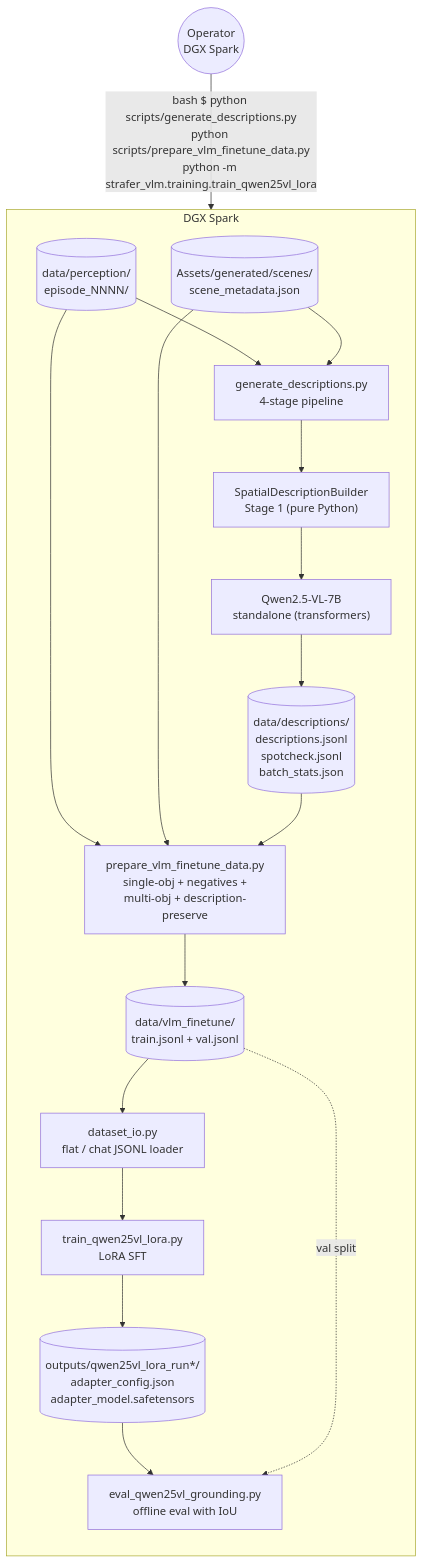
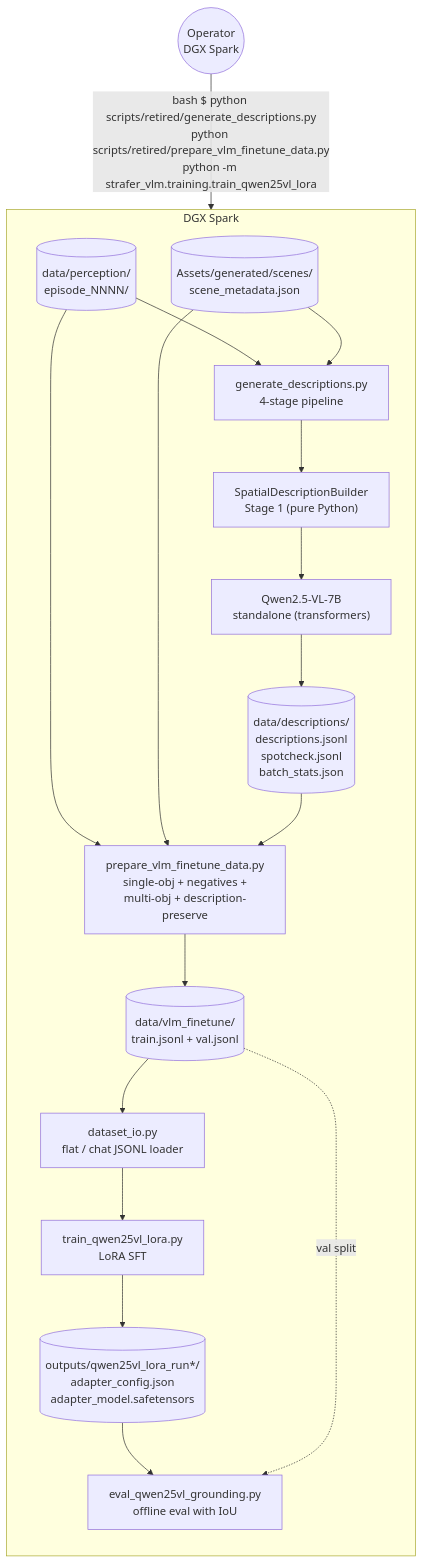
The first of 7 diagrams in docs/SYSTEM_FLOW_DIAGRAMS.md (zachoines/Sim2RealLab), drawn with Mermaid before and after one commit. The commit also changed other lines of this file and 28 other files, not shown here.

````diff
--- a/docs/SYSTEM_FLOW_DIAGRAMS.md
+++ b/docs/SYSTEM_FLOW_DIAGRAMS.md
@@ -65,50 +65,50 @@
 ```mermaid
 flowchart TB
     Operator((Operator<br/>DGX Spark))
 
     subgraph DGX["DGX Spark"]
         direction TB
 
         PerceptionDir[("data/perception/<br/>episode_NNNN/")]
         SceneMeta[("Assets/generated/scenes/<br/>scene_metadata.json")]
 
         GenDesc["generate_descriptions.py<br/>4-stage pipeline"]
         Qwen7B["Qwen2.5-VL-7B<br/>standalone (transformers)"]
         Spatial["SpatialDescriptionBuilder<br/>Stage 1 (pure Python)"]
         DescOut[("data/descriptions/<br/>descriptions.jsonl<br/>spotcheck.jsonl<br/>batch_stats.json")]
 
         PrepVLM["prepare_vlm_finetune_data.py<br/>single-obj + negatives +<br/>multi-obj + description-preserve"]
         SFTData[("data/vlm_finetune/<br/>train.jsonl + val.jsonl")]
 
         DatasetIO["dataset_io.py<br/>flat / chat JSONL loader"]
         TrainLoRA["train_qwen25vl_lora.py<br/>LoRA SFT"]
         EvalLoRA["eval_qwen25vl_grounding.py<br/>offline eval with IoU"]
 
         Adapter[("outputs/qwen25vl_lora_run*/<br/>adapter_config.json<br/>adapter_model.safetensors")]
     end
 
-    Operator -->|bash $ python scripts/generate_descriptions.py<br/>python scripts/prepare_vlm_finetune_data.py<br/>python -m strafer_vlm.training.train_qwen25vl_lora| GenDesc
+    Operator -->|bash $ python scripts/retired/generate_descriptions.py<br/>python scripts/retired/prepare_vlm_finetune_data.py<br/>python -m strafer_vlm.training.train_qwen25vl_lora| GenDesc
     PerceptionDir --> GenDesc
     SceneMeta --> GenDesc
     GenDesc --> Spatial
     Spatial --> Qwen7B
     Qwen7B --> DescOut
 
     PerceptionDir --> PrepVLM
     SceneMeta --> PrepVLM
     DescOut --> PrepVLM
     PrepVLM --> SFTData
 
     SFTData --> DatasetIO
     DatasetIO --> TrainLoRA
     TrainLoRA --> Adapter
     Adapter --> EvalLoRA
     SFTData -. val split .-> EvalLoRA
 
-    click GenDesc "../source/strafer_lab/scripts/generate_descriptions.py" "4-stage description pipeline"
+    click GenDesc "../source/strafer_lab/scripts/retired/generate_descriptions.py" "4-stage description pipeline"
     click Spatial "../source/strafer_lab/strafer_lab/tools/spatial_description.py" "Stage-1 factual relations"
-    click PrepVLM "../source/strafer_lab/scripts/prepare_vlm_finetune_data.py" "Comprehensive VLM SFT prep"
+    click PrepVLM "../source/strafer_lab/scripts/retired/prepare_vlm_finetune_data.py" "Comprehensive VLM SFT prep"
     click DatasetIO "../source/strafer_vlm/strafer_vlm/training/dataset_io.py" "Grounding dataset loader"
     click TrainLoRA "../source/strafer_vlm/strafer_vlm/training/train_qwen25vl_lora.py" "LoRA fine-tune"
     click EvalLoRA "../source/strafer_vlm/strafer_vlm/training/eval_qwen25vl_grounding.py" "Offline eval"
 ```
````
